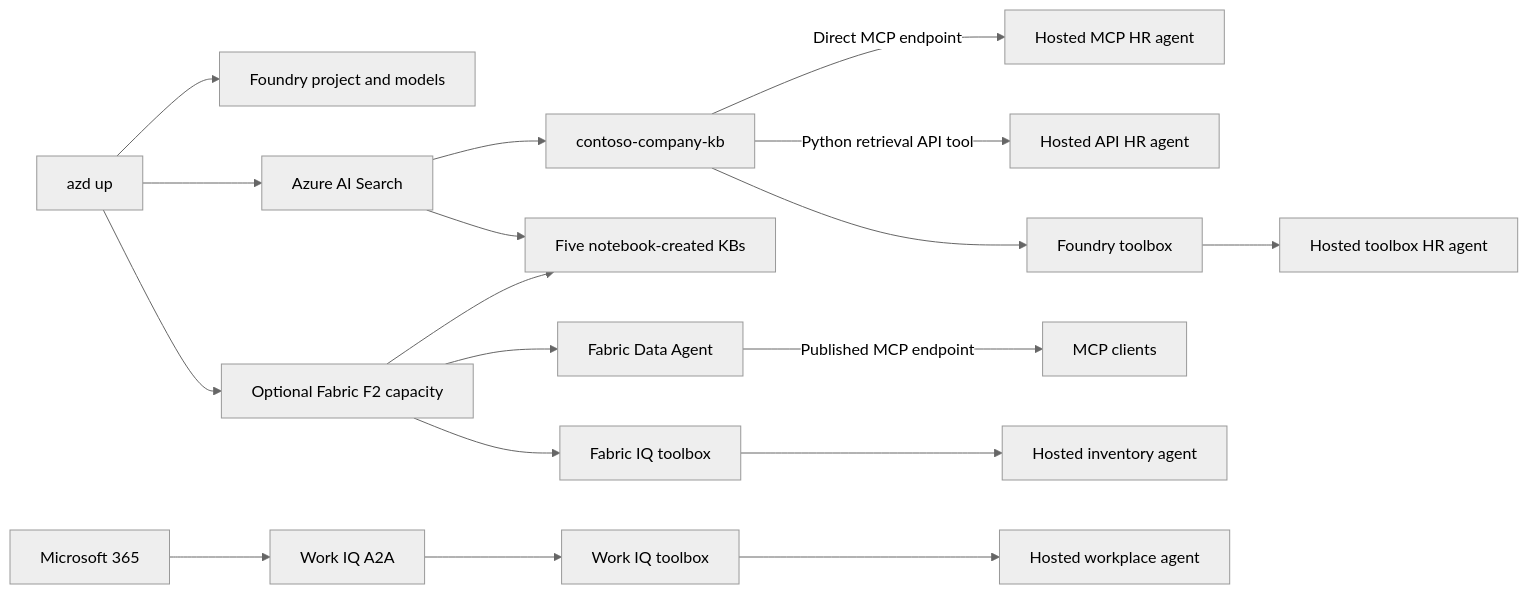
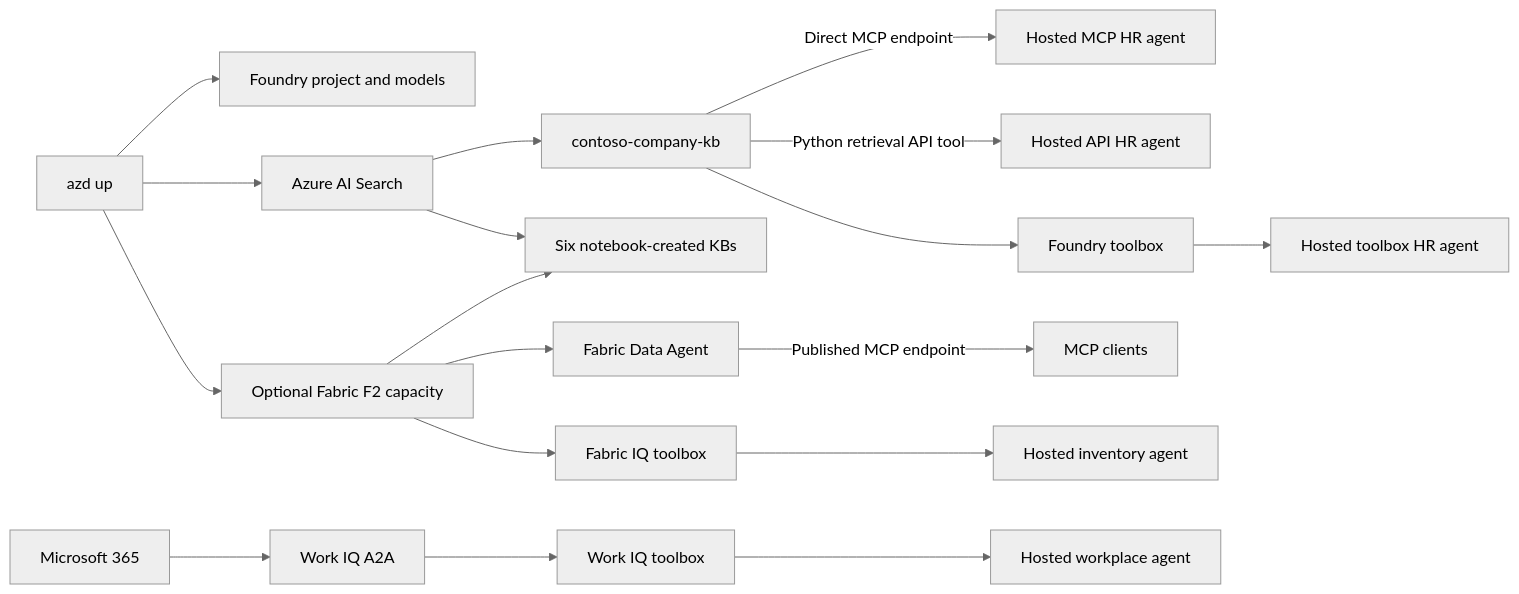
The diagram in README.md (pamelafox/iqdeepdive-foundryiq), drawn with Mermaid (neutral theme) before and after one commit. The commit also changed other lines of this file and 7 other files, not shown here.

````diff
--- a/README.md
+++ b/README.md
@@ -11,20 +11,20 @@
 ```mermaid
 flowchart LR
   azd[azd up] --> foundry[Foundry project and models]
   azd --> search[Azure AI Search]
   azd --> fabric[Optional Fabric F2 capacity]
   search --> agentkb[contoso-company-kb]
   agentkb -->|Direct MCP endpoint| mcpagent[Hosted MCP HR agent]
   agentkb -->|Python retrieval API tool| apiagent[Hosted API HR agent]
   agentkb --> toolbox[Foundry toolbox]
   toolbox --> toolboxagent[Hosted toolbox HR agent]
-  search --> notebooks[Five notebook-created KBs]
+  search --> notebooks[Six notebook-created KBs]
   fabric --> notebooks
   fabric --> fabricdataagent[Fabric Data Agent]
   fabricdataagent -->|Published MCP endpoint| clients[MCP clients]
   fabric --> fabrictoolbox[Fabric IQ toolbox]
   fabrictoolbox --> fabricagent[Hosted inventory agent]
   m365[Microsoft 365] --> workiq[Work IQ A2A]
   workiq --> workiqtoolbox[Work IQ toolbox]
   workiqtoolbox --> workiqagent[Hosted workplace agent]
 ```
````
